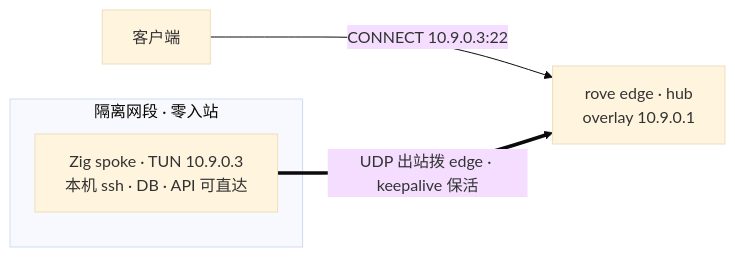
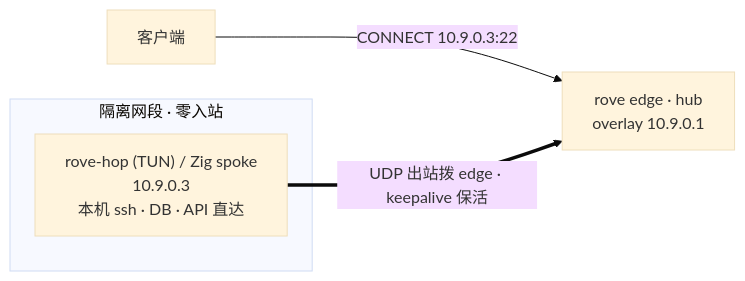
Before and after one commit to talkincode/rove: the second of 4 diagrams in docs/best-practices.md, drawn with Mermaid (base theme). The commit also changed other lines of this file and 28 other files, not shown here.

````diff
--- a/docs/best-practices.md
+++ b/docs/best-practices.md
@@ -234,10 +234,10 @@
 ```mermaid
 flowchart LR
     C["客户端"] -->|"CONNECT 10.9.0.3:22"| E["rove edge · hub<br/>overlay 10.9.0.1"]
 
     subgraph SEG["隔离网段 · 零入站"]
-        Z["Zig spoke · TUN 10.9.0.3<br/>本机 ssh · DB · API 可直达"]
+        Z["rove-hop (TUN) / Zig spoke<br/>10.9.0.3<br/>本机 ssh · DB · API 直达"]
     end
 
     Z ==>|"UDP 出站拨 edge · keepalive 保活"| E
 ```
````
